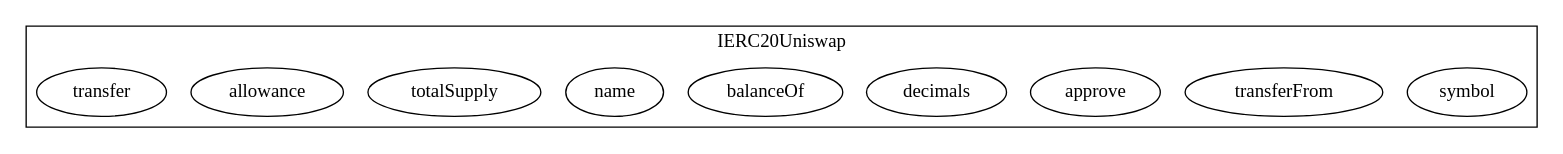
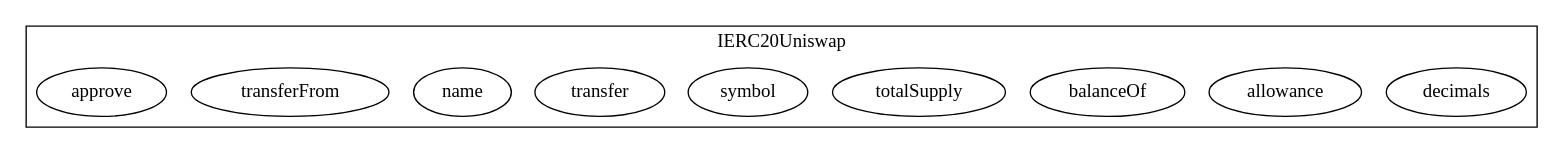
One commit to naolia1211/Blockchain-Smart-Contract-Security changed the diagram in a.sol.IERC20Uniswap.call-graph.dot. Above: the diagram before and after it, drawn with Graphviz. The commit also changed other lines of this file and 5 other files, not shown here.

Commit message:
update call-graph.dot files

```diff
--- a/a.sol.IERC20Uniswap.call-graph.dot
+++ b/a.sol.IERC20Uniswap.call-graph.dot
@@ -1,16 +1,16 @@
 strict digraph {
 subgraph cluster_734_IERC20Uniswap {
 label = "IERC20Uniswap"
+"734_decimals" [label="decimals"]
+"734_allowance" [label="allowance"]
+"734_balanceOf" [label="balanceOf"]
+"734_totalSupply" [label="totalSupply"]
 "734_symbol" [label="symbol"]
+"734_transfer" [label="transfer"]
+"734_name" [label="name"]
 "734_transferFrom" [label="transferFrom"]
 "734_approve" [label="approve"]
-"734_decimals" [label="decimals"]
-"734_balanceOf" [label="balanceOf"]
-"734_name" [label="name"]
-"734_totalSupply" [label="totalSupply"]
-"734_allowance" [label="allowance"]
-"734_transfer" [label="transfer"]
 }subgraph cluster_solidity {
 label = "[Solidity]"
 }
 }
```
